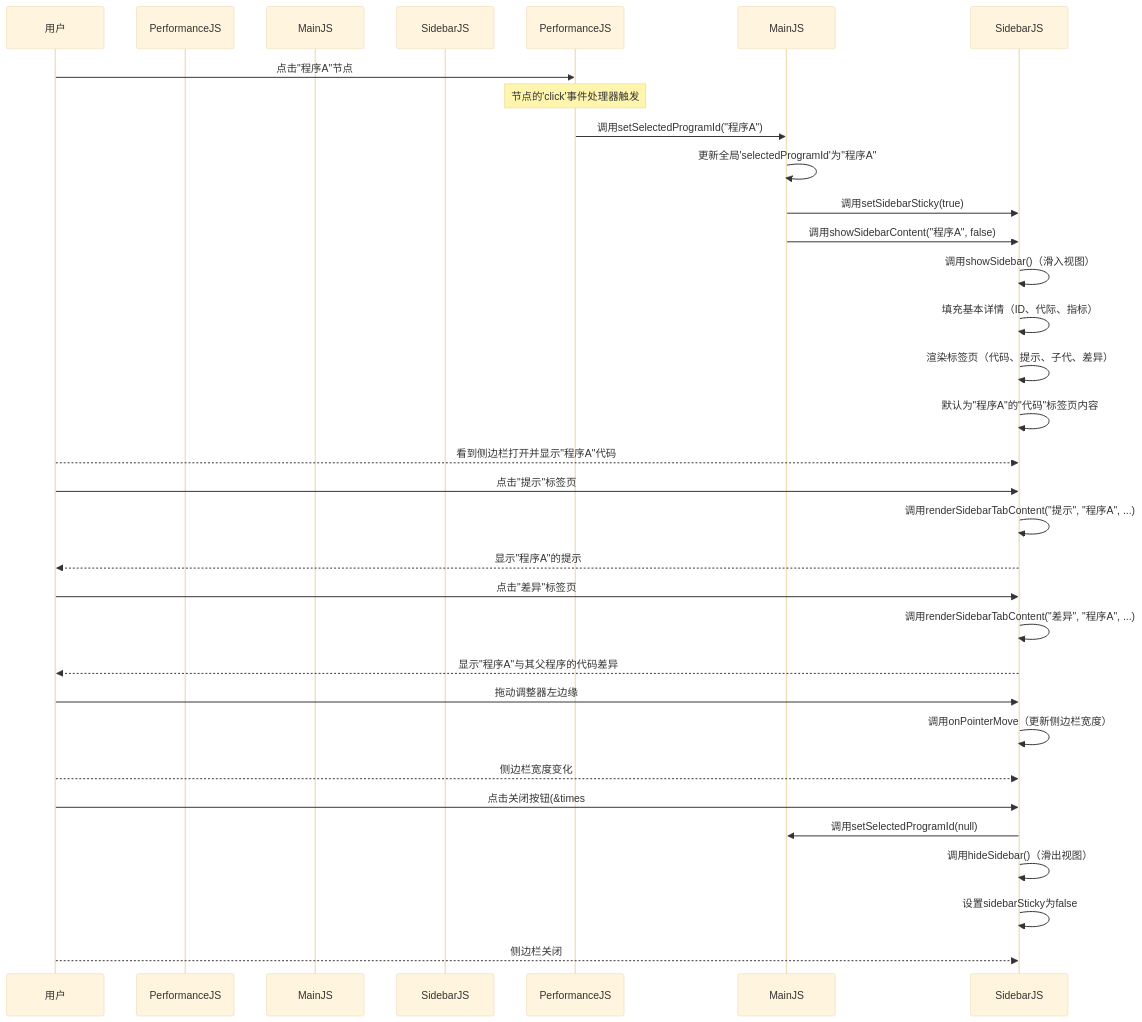
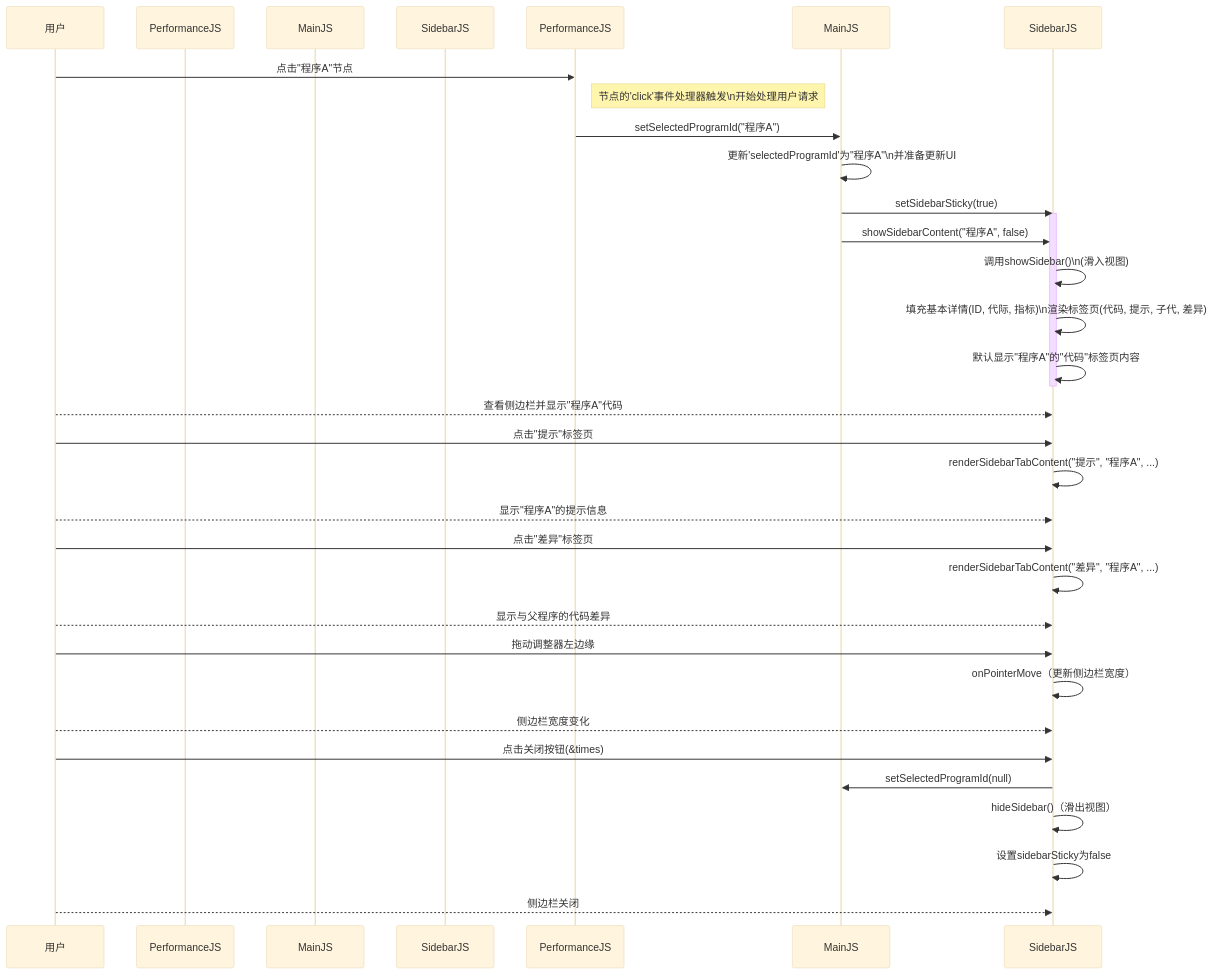
Before and after one commit to lvy010/lvynote.github.io: the diagram in note/AI/openevolve-auto/7.md, drawn with Mermaid (base theme). The commit also changed other lines of this file, not shown here.

````diff
--- a/note/AI/openevolve-auto/7.md
+++ b/note/AI/openevolve-auto/7.md
@@ -303,34 +303,35 @@
 ```mermaid
 sequenceDiagram
     participant 用户
     participant 性能图表 as PerformanceJS
     participant 应用状态 as MainJS
     participant 侧边栏UI as SidebarJS
 
     用户->>PerformanceJS: 点击"程序A"节点
-    Note over PerformanceJS: 节点的'click'事件处理器触发
-    PerformanceJS->>MainJS: 调用setSelectedProgramId("程序A")
-    MainJS->>MainJS: 更新全局'selectedProgramId'为"程序A"
-    MainJS->>SidebarJS: 调用setSidebarSticky(true)
-    MainJS->>SidebarJS: 调用showSidebarContent("程序A", false)
-    SidebarJS->>SidebarJS: 调用showSidebar()（滑入视图）
-    SidebarJS->>SidebarJS: 填充基本详情（ID、代际、指标）
-    SidebarJS->>SidebarJS: 渲染标签页（代码、提示、子代、差异）
-    SidebarJS->>SidebarJS: 默认为"程序A"的"代码"标签页内容
-    用户-->>SidebarJS: 看到侧边栏打开并显示"程序A"代码
+    Note right of PerformanceJS: 节点的'click'事件处理器触发\n开始处理用户请求
+    PerformanceJS->>MainJS: setSelectedProgramId("程序A")
+    MainJS->>MainJS: 更新'selectedProgramId'为"程序A"\n并准备更新UI
+    MainJS->>SidebarJS: setSidebarSticky(true)
+    activate SidebarJS
+    MainJS->>SidebarJS: showSidebarContent("程序A", false)
+    SidebarJS->>SidebarJS: 调用showSidebar()\n(滑入视图)
+    SidebarJS->>SidebarJS: 填充基本详情(ID, 代际, 指标)\n渲染标签页(代码, 提示, 子代, 差异)
+    SidebarJS->>SidebarJS: 默认显示"程序A"的"代码"标签页内容
+    deactivate SidebarJS
+    用户-->>SidebarJS: 查看侧边栏并显示"程序A"代码
     用户->>SidebarJS: 点击"提示"标签页
-    SidebarJS->>SidebarJS: 调用renderSidebarTabContent("提示", "程序A", ...)
-    SidebarJS-->>用户: 显示"程序A"的提示
+    SidebarJS->>SidebarJS: renderSidebarTabContent("提示", "程序A", ...)
+    用户-->>SidebarJS: 显示"程序A"的提示信息
     用户->>SidebarJS: 点击"差异"标签页
-    SidebarJS->>SidebarJS: 调用renderSidebarTabContent("差异", "程序A", ...)
-    SidebarJS-->>用户: 显示"程序A"与其父程序的代码差异
+    SidebarJS->>SidebarJS: renderSidebarTabContent("差异", "程序A", ...)
+    用户-->>SidebarJS: 显示与父程序的代码差异
     用户->>SidebarJS: 拖动调整器左边缘
-    SidebarJS->>SidebarJS: 调用onPointerMove（更新侧边栏宽度）
+    SidebarJS->>SidebarJS: onPointerMove（更新侧边栏宽度）
     用户-->>SidebarJS: 侧边栏宽度变化
-    用户->>SidebarJS: 点击关闭按钮(&times;)
-    SidebarJS->>MainJS: 调用setSelectedProgramId(null)
-    SidebarJS->>SidebarJS: 调用hideSidebar()（滑出视图）
+    用户->>SidebarJS: 点击关闭按钮(&times)
+    SidebarJS->>MainJS: setSelectedProgramId(null)
+    SidebarJS->>SidebarJS: hideSidebar()（滑出视图）
     SidebarJS->>SidebarJS: 设置sidebarSticky为false
     用户-->>SidebarJS: 侧边栏关闭
 
 ```
````
